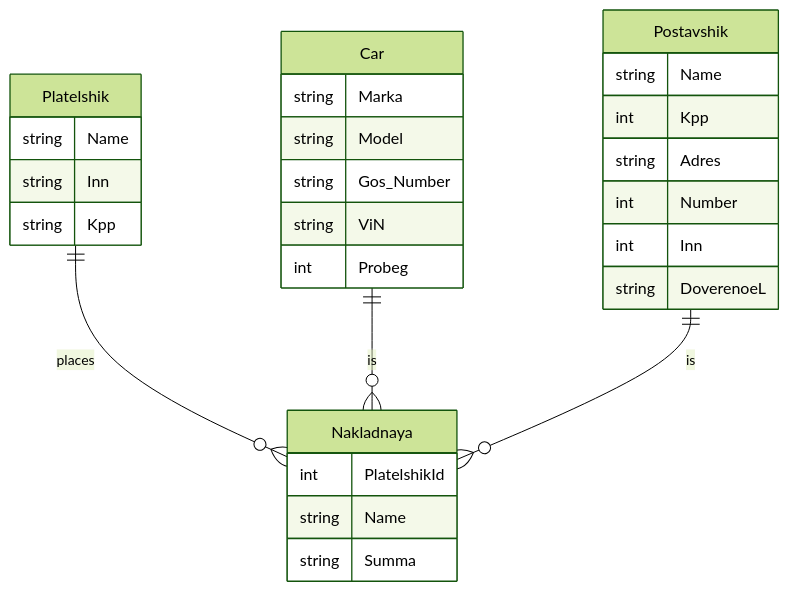
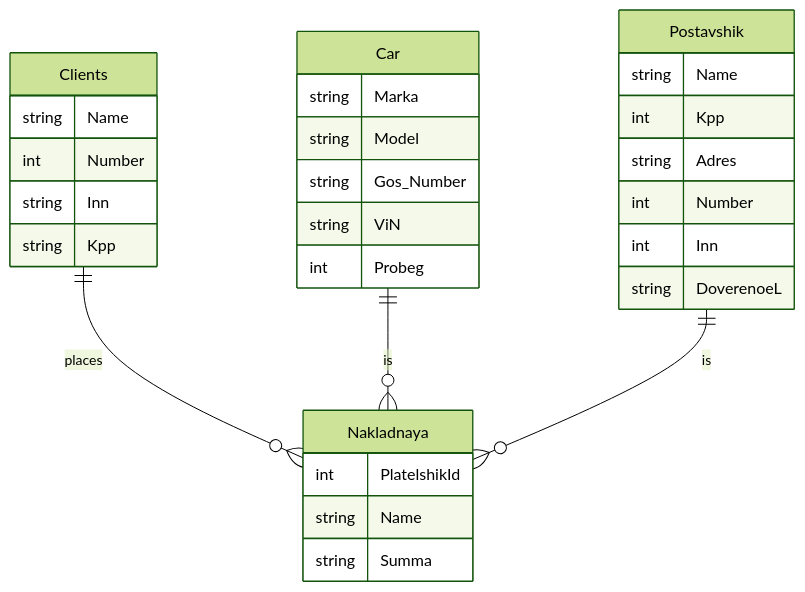
Before and after one commit to darkchaine/AZS: the diagram in README.md, drawn with Mermaid (forest theme).

Commit message:
README.md

````diff
--- a/README.md
+++ b/README.md
@@ -9,32 +9,33 @@
 ```mermaid
 erDiagram
-    Platelshik ||--o{ Nakladnaya : places
-    Platelshik {
+    Clients ||--o{ Nakladnaya : places
+    Clients {
         string Name
+        int Number
         string Inn
         string Kpp
     }
   
     Nakladnaya {
         int PlatelshikId
         string Name
         string Summa
     }
   Car ||--o{ Nakladnaya: is
     Car {
         string Marka
         string Model
         string Gos_Number
         string ViN
         int Probeg
     }
  Postavshik ||--o{ Nakladnaya: is
   Postavshik {
     string Name
     int Kpp
     string Adres
     int Number
     int Inn   
     string DoverenoeL
    }
 ```
````
